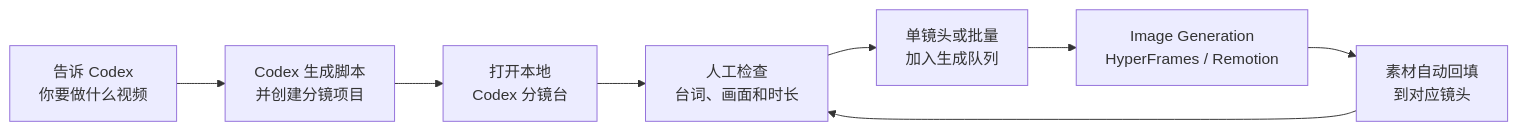
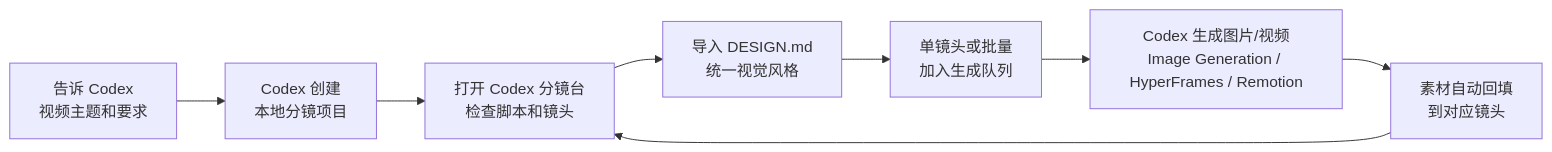
Before and after one commit to undefined996/codex-storyboard: the diagram in README.md, drawn with Mermaid. The commit also changed other lines of this file, not shown here.

````diff
--- a/README.md
+++ b/README.md
@@ -161,10 +97,10 @@
 ```mermaid
 flowchart LR
-  A["告诉 Codex<br/>你要做什么视频"] --> B["Codex 生成脚本<br/>并创建分镜项目"]
-  B --> C["打开本地<br/>Codex 分镜台"]
-  C --> D["人工检查<br/>台词、画面和时长"]
+  A["告诉 Codex<br/>视频主题和要求"] --> B["Codex 创建<br/>本地分镜项目"]
+  B --> C["打开 Codex 分镜台<br/>检查脚本和镜头"]
+  C --> D["导入 DESIGN.md<br/>统一视觉风格"]
   D --> E["单镜头或批量<br/>加入生成队列"]
-  E --> F["Image Generation<br/>HyperFrames / Remotion"]
+  E --> F["Codex 生成图片/视频<br/>Image Generation / HyperFrames / Remotion"]
   F --> G["素材自动回填<br/>到对应镜头"]
-  G --> D
+  G --> C
 ```
````
